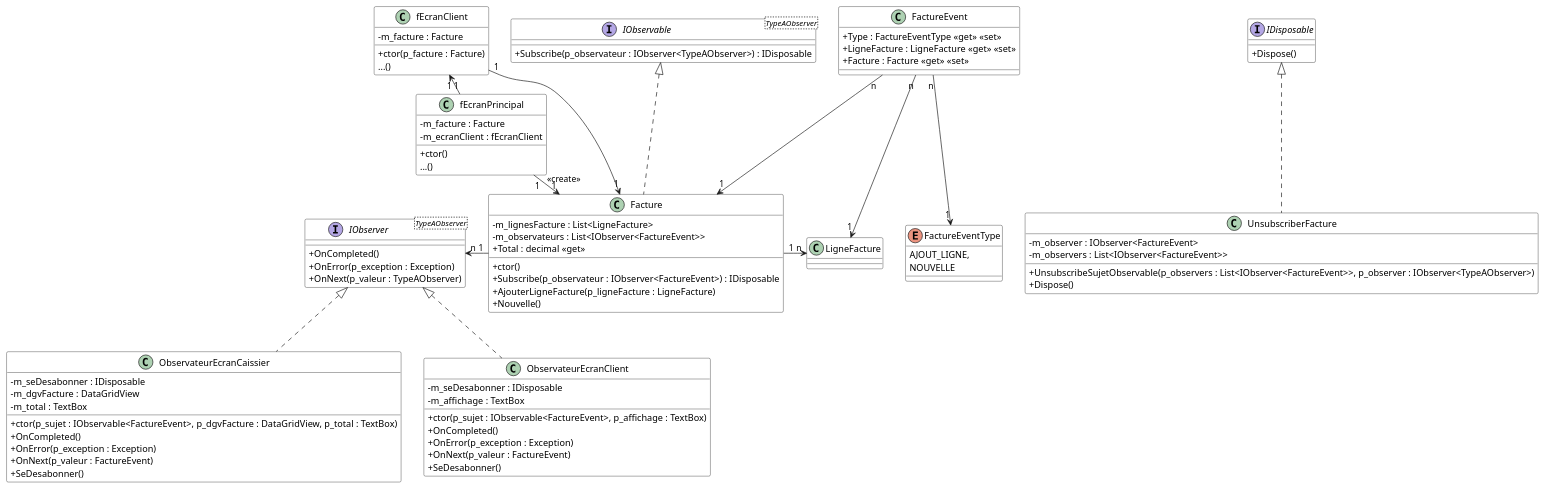
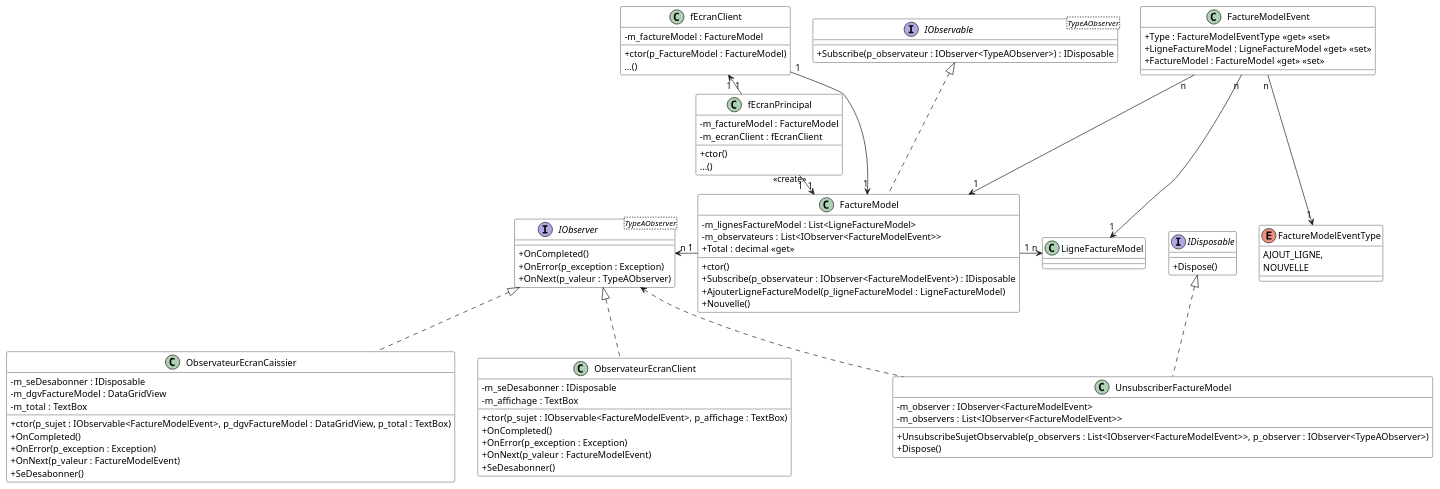
Before and after one commit to PiFou86/420-W30-SF: the diagram in Module10_Patrons_Conception02/diag/DiagFacture.wsd, drawn with PlantUML. The commit also changed 6 other files, not shown here.

Commit message:
Changement de Facture en FactureModel

```diff
--- a/Module10_Patrons_Conception02/diag/DiagFacture.wsd
+++ b/Module10_Patrons_Conception02/diag/DiagFacture.wsd
@@ -1,105 +1,106 @@
 @startuml DiagAppFactureNonGen
 
 skinparam classAttributeIconSize 0
 skinparam class {
     BackgroundColor White
     BorderColor #000
 }
 
 interface IDisposable {
     + Dispose()
 }
 
 interface IObservable<TypeAObserver> {
     + Subscribe(p_observateur : IObserver<TypeAObserver>) : IDisposable
 }
 
 interface IObserver<TypeAObserver> {
     + OnCompleted()
     + OnError(p_exception : Exception)
     + OnNext(p_valeur : TypeAObserver)
 }
 
-class Facture {
-    - m_lignesFacture : List<LigneFacture>
-    - m_observateurs : List<IObserver<FactureEvent>>
+class FactureModel {
+    - m_lignesFactureModel : List<LigneFactureModel>
+    - m_observateurs : List<IObserver<FactureModelEvent>>
     + Total : decimal <<get>>
     + ctor()
-    + Subscribe(p_observateur : IObserver<FactureEvent>) : IDisposable
-    + AjouterLigneFacture(p_ligneFacture : LigneFacture)
+    + Subscribe(p_observateur : IObserver<FactureModelEvent>) : IDisposable
+    + AjouterLigneFactureModel(p_ligneFactureModel : LigneFactureModel)
     + Nouvelle()
 }
 
 class fEcranPrincipal {
-    - m_facture : Facture
+    - m_factureModel : FactureModel
     - m_ecranClient : fEcranClient
     + ctor()
     ...()
 }
 
 class fEcranClient {
-    - m_facture : Facture
-    + ctor(p_facture : Facture)
+    - m_factureModel : FactureModel
+    + ctor(p_FactureModel : FactureModel)
     ...()
 }
 
 class ObservateurEcranCaissier {
     - m_seDesabonner : IDisposable
-    - m_dgvFacture : DataGridView
+    - m_dgvFactureModel : DataGridView
     - m_total : TextBox
-    + ctor(p_sujet : IObservable<FactureEvent>, p_dgvFacture : DataGridView, p_total : TextBox)
+    + ctor(p_sujet : IObservable<FactureModelEvent>, p_dgvFactureModel : DataGridView, p_total : TextBox)
     + OnCompleted()
     + OnError(p_exception : Exception)
-    + OnNext(p_valeur : FactureEvent)
+    + OnNext(p_valeur : FactureModelEvent)
     + SeDesabonner()
 }
 
 class ObservateurEcranClient {
     - m_seDesabonner : IDisposable
     - m_affichage : TextBox
-    + ctor(p_sujet : IObservable<FactureEvent>, p_affichage : TextBox)
+    + ctor(p_sujet : IObservable<FactureModelEvent>, p_affichage : TextBox)
     + OnCompleted()
     + OnError(p_exception : Exception)
-    + OnNext(p_valeur : FactureEvent)
+    + OnNext(p_valeur : FactureModelEvent)
     + SeDesabonner()
 }
 
-class UnsubscriberFacture {
-    - m_observer : IObserver<FactureEvent>
-    - m_observers : List<IObserver<FactureEvent>>
-    + UnsubscribeSujetObservable(p_observers : List<IObserver<FactureEvent>>, p_observer : IObserver<TypeAObserver>)
+class UnsubscriberFactureModel {
+    - m_observer : IObserver<FactureModelEvent>
+    - m_observers : List<IObserver<FactureModelEvent>>
+    + UnsubscribeSujetObservable(p_observers : List<IObserver<FactureModelEvent>>, p_observer : IObserver<TypeAObserver>)
     + Dispose()
 }
 
-class FactureEvent {
-    + Type : FactureEventType <<get>> <<set>>
-    + LigneFacture : LigneFacture <<get>> <<set>>
-    + Facture : Facture <<get>> <<set>>
+class FactureModelEvent {
+    + Type : FactureModelEventType <<get>> <<set>>
+    + LigneFactureModel : LigneFactureModel <<get>> <<set>>
+    + FactureModel : FactureModel <<get>> <<set>>
 }
 
-enum FactureEventType {
+enum FactureModelEventType {
     AJOUT_LIGNE,
     NOUVELLE
 }
 
-FactureEvent "n" --> "1" Facture
-FactureEvent "n" --> "1" LigneFacture
-FactureEvent "n" --> "1" FactureEventType
+FactureModelEvent "n" --> "1" FactureModel
+FactureModelEvent "n" --> "1" LigneFactureModel
+FactureModelEvent "n" --> "1" FactureModelEventType
 
-fEcranPrincipal "1" -right-> "1" Facture : <<create>>
+fEcranPrincipal "1" -right-> "1" FactureModel : <<create>>
 fEcranPrincipal "1" -left-> "1" fEcranClient
 
 
-Facture "1" -left-> "n" IObserver
-Facture "1" -right-> "n" LigneFacture
+FactureModel "1" -left-> "n" IObserver
+FactureModel "1" -right-> "n" LigneFactureModel
 
-fEcranClient "1" --> "1" Facture
+fEcranClient "1" --> "1" FactureModel
 
 IObserver <|.. ObservateurEcranCaissier
 IObserver <|.. ObservateurEcranClient
-IDisposable <|.. UnsubscriberFacture
-IObservable <|.. Facture
+IDisposable <|.. UnsubscriberFactureModel
+IObserver <.. UnsubscriberFactureModel
+IObservable <|.. FactureModel
 
 'fEcranClient "1" ..> "1" ObservateurEcranClient : <<create>>
 'fEcranPrincipal "1" ..> "1" ObservateurEcranCaissier : <<create>>
 @enduml
```
